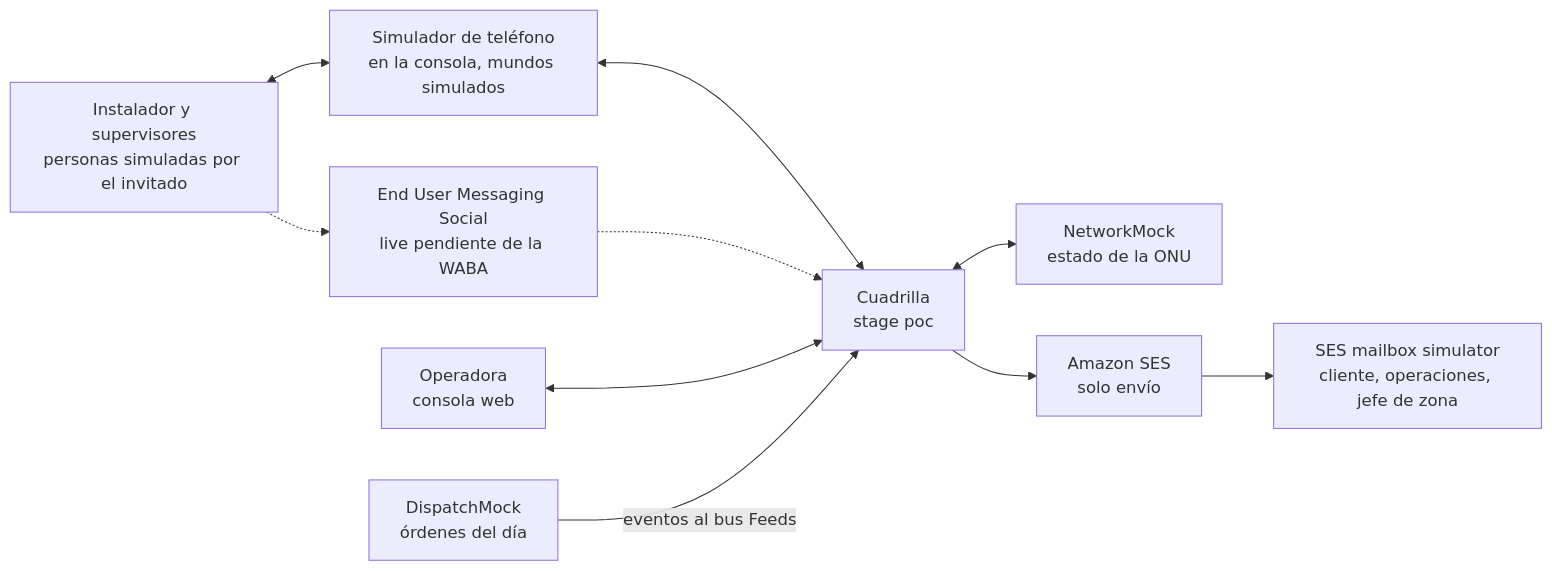
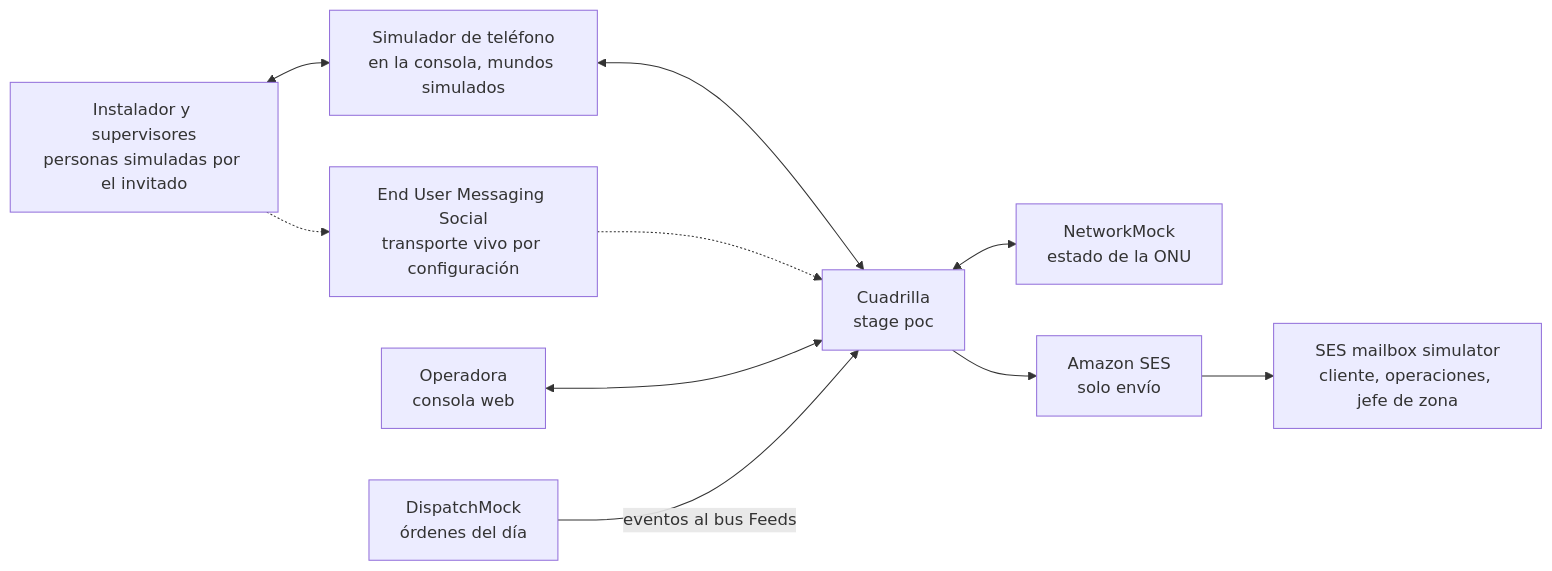
One commit to craftech-io/aws-cds-hackathon-poc-cuadrilla changed the first of 3 diagrams in docs/architecture.md. Above: the diagram before and after it, drawn with Mermaid. The commit also changed other lines of this file and 72 other files, not shown here.

Commit message:
Docs: describe the WhatsApp channel modes neutrally and refresh the architecture diagram

````diff
--- a/docs/architecture.md
+++ b/docs/architecture.md
@@ -105,21 +105,21 @@
 ```mermaid
 flowchart LR
   INS["Instalador y supervisores<br/>personas simuladas por el invitado"]
   SIMU["Simulador de teléfono<br/>en la consola, mundos simulados"]
-  EUMS["End User Messaging Social<br/>live pendiente de la WABA"]
+  EUMS["End User Messaging Social<br/>transporte vivo por configuración"]
   OPS["Operadora<br/>consola web"]
   CQ["Cuadrilla<br/>stage poc"]
   DISP["DispatchMock<br/>órdenes del día"]
   NET["NetworkMock<br/>estado de la ONU"]
   SES["Amazon SES<br/>solo envío"]
   MBX["SES mailbox simulator<br/>cliente, operaciones, jefe de zona"]
   INS <--> SIMU
   INS -.-> EUMS
   SIMU <--> CQ
   EUMS -.-> CQ
   OPS <--> CQ
   DISP -->|eventos al bus Feeds| CQ
   CQ <--> NET
   CQ --> SES
   SES --> MBX
 ```
````
